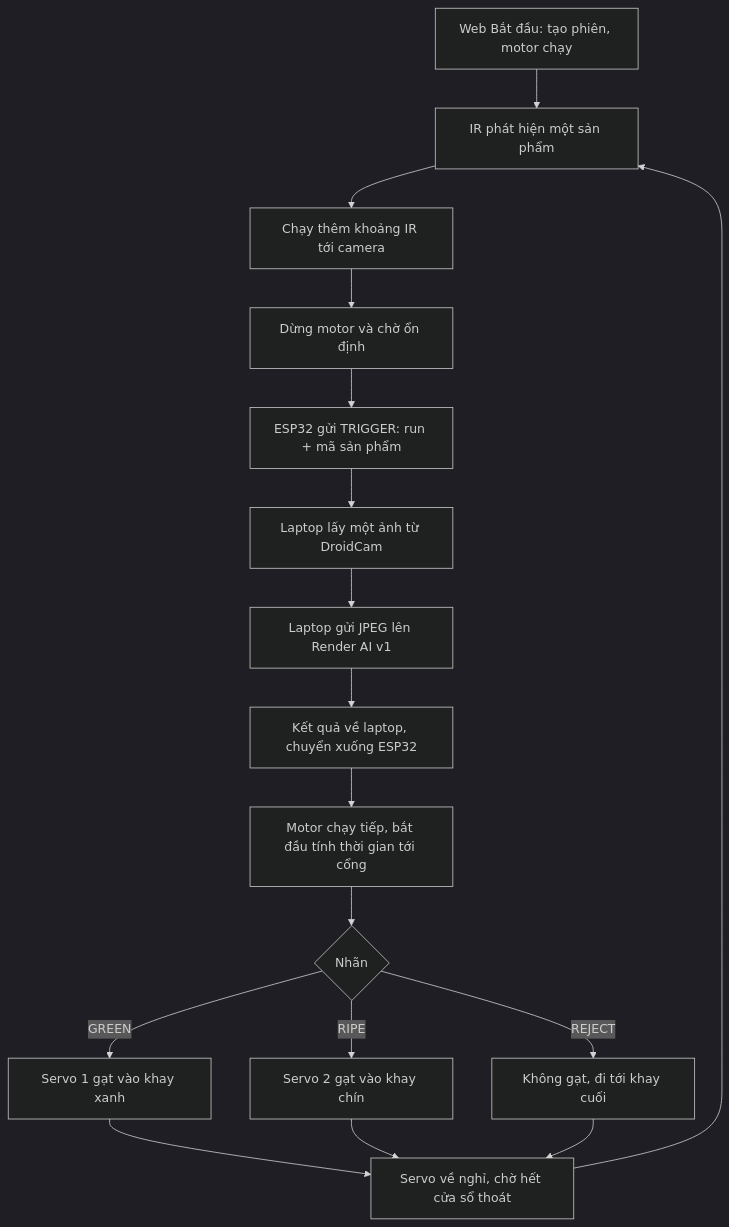
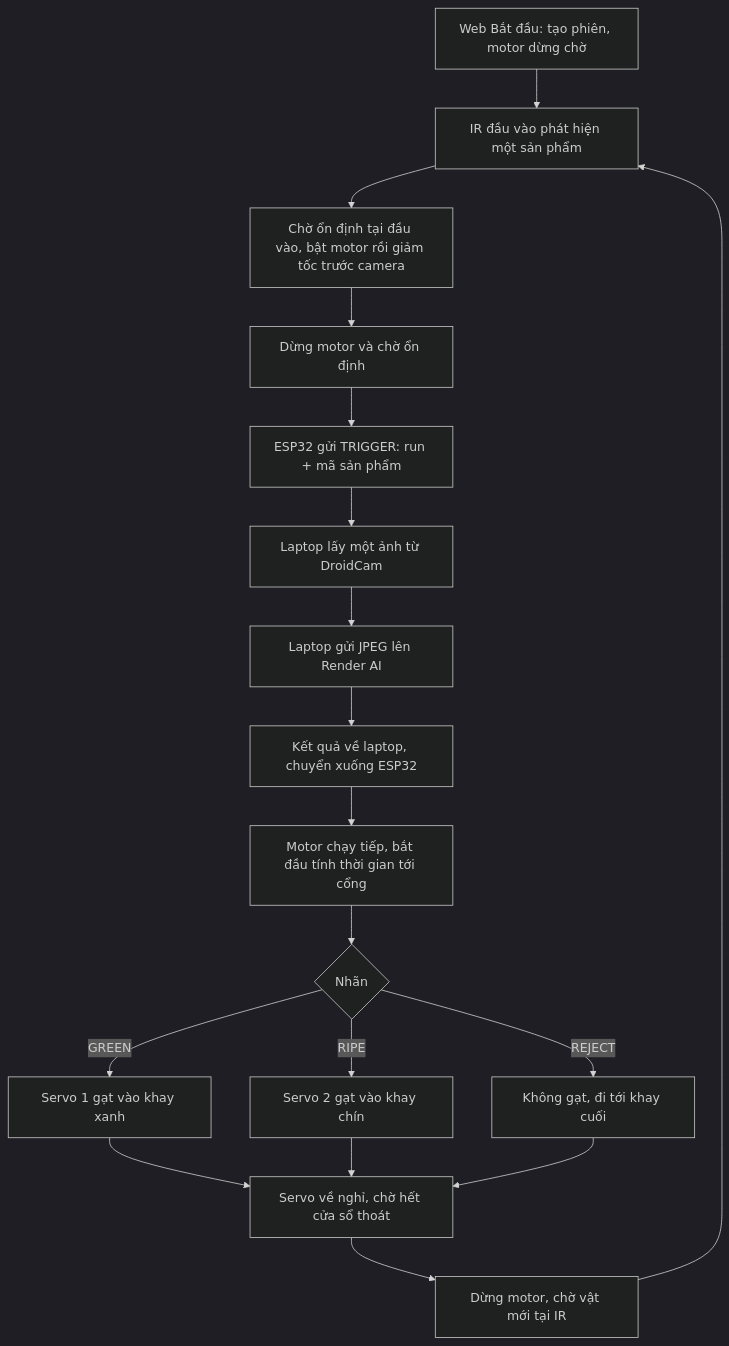
Before and after one commit to conglam56/AutoSort-IoT: the diagram in docs/STATION_CYCLE.md, drawn with Mermaid (dark theme). The commit also changed other lines of this file and 7 other files, not shown here.

````diff
--- a/docs/STATION_CYCLE.md
+++ b/docs/STATION_CYCLE.md
@@ -10,19 +10,20 @@
 ```mermaid
 flowchart TD
-    A[Web Bắt đầu: tạo phiên, motor chạy] --> B[IR phát hiện một sản phẩm]
-    B --> C[Chạy thêm khoảng IR tới camera]
+    A[Web Bắt đầu: tạo phiên, motor dừng chờ] --> B[IR đầu vào phát hiện một sản phẩm]
+    B --> C[Chờ ổn định tại đầu vào, bật motor rồi giảm tốc trước camera]
     C --> D[Dừng motor và chờ ổn định]
     D --> E[ESP32 gửi TRIGGER: run + mã sản phẩm]
     E --> F[Laptop lấy một ảnh từ DroidCam]
-    F --> G[Laptop gửi JPEG lên Render AI v1]
+    F --> G[Laptop gửi JPEG lên Render AI]
     G --> H[Kết quả về laptop, chuyển xuống ESP32]
     H --> I[Motor chạy tiếp, bắt đầu tính thời gian tới cổng]
     I --> J{Nhãn}
     J -->|GREEN| K[Servo 1 gạt vào khay xanh]
     J -->|RIPE| L[Servo 2 gạt vào khay chín]
     J -->|REJECT| M[Không gạt, đi tới khay cuối]
     K --> N[Servo về nghỉ, chờ hết cửa sổ thoát]
     L --> N
     M --> N
-    N --> B
+    N --> O[Dừng motor, chờ vật mới tại IR]
+    O --> B
 ```
````
